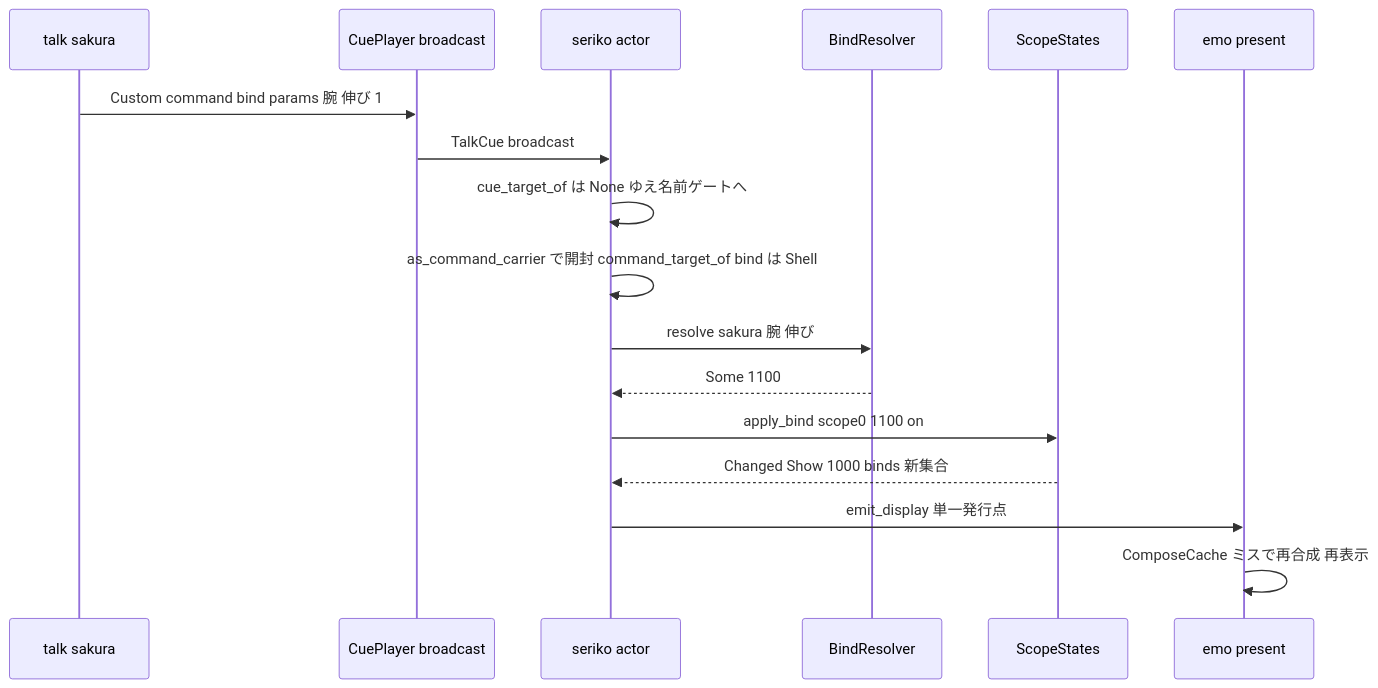
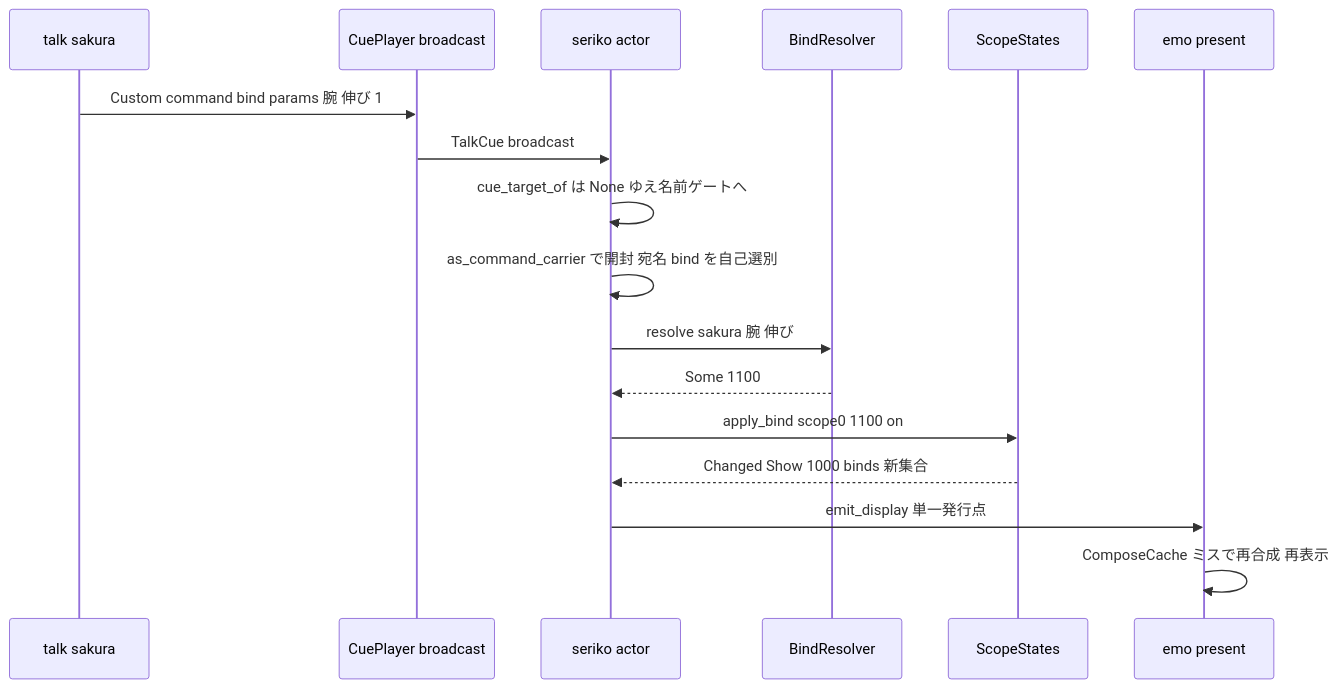
The second of 2 diagrams in .kiro/specs/areka-P0-mayuna-compose/design.md (ekicyou/areka), drawn with Mermaid before and after one commit. The commit also changed other lines of this file and 2 other files, not shown here.

Commit message:
docs(areka-P0-mayuna-compose): resolve design discussion #1 - opaque Custom carrier, retire dola name table, contract update (R2.6)

````diff
--- a/.kiro/specs/areka-P0-mayuna-compose/design.md
+++ b/.kiro/specs/areka-P0-mayuna-compose/design.md
@@ -175,20 +178,20 @@
 ```mermaid
 sequenceDiagram
     participant T as talk sakura
     participant P as CuePlayer broadcast
     participant S as seriko actor
     participant B as BindResolver
     participant ST as ScopeStates
     participant E as emo present
 
     T->>P: Custom command bind params 腕 伸び 1
     P->>S: TalkCue broadcast
     S->>S: cue_target_of は None ゆえ名前ゲートへ
-    S->>S: as_command_carrier で開封 command_target_of bind は Shell
+    S->>S: as_command_carrier で開封 宛名 bind を自己選別
     S->>B: resolve sakura 腕 伸び
     B-->>S: Some 1100
     S->>ST: apply_bind scope0 1100 on
     ST-->>S: Changed Show 1000 binds 新集合
     S->>E: emit_display 単一発行点
     E->>E: ComposeCache ミスで再合成 再表示
 ```
````
